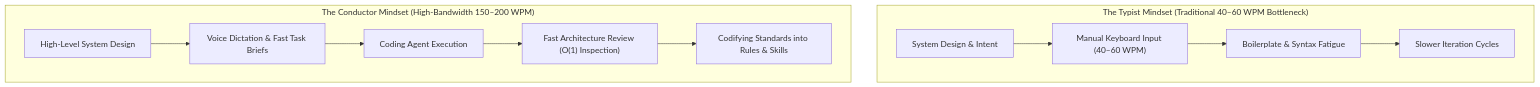
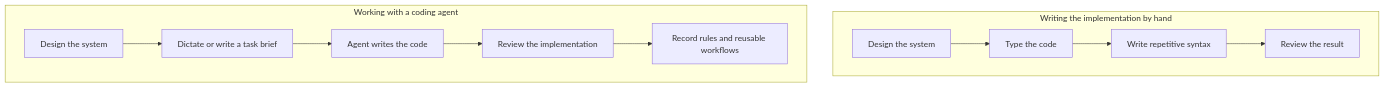
One commit to tomek-anuszkiewicz/obsidian-devnotes changed the diagram in 05 Engineering Economics & Future/Developer Experience/The Conductor Pattern for High-Bandwidth Engineering.md. Above: the diagram before and after it, drawn with Mermaid. The commit also changed other lines of this file and 218 other files, not shown here.

````diff
--- a/05 Engineering Economics & Future/Developer Experience/The Conductor Pattern for High-Bandwidth Engineering.md
+++ b/05 Engineering Economics & Future/Developer Experience/The Conductor Pattern for High-Bandwidth Engineering.md
@@ -28,15 +28,14 @@
 ```mermaid
 flowchart TD
-    subgraph TraditionalTypist["The Typist Mindset (Traditional 40–60 WPM Bottleneck)"]
-        T1["System Design & Intent"] --> T2["Manual Keyboard Input (40–60 WPM)"]
-        T2 --> T3["Boilerplate & Syntax Fatigue"]
-        T3 --> T4["Slower Iteration Cycles"]
+    subgraph Typist["Writing the implementation by hand"]
+        T1["Design the system"] --> T2["Type the code"]
+        T2 --> T3["Write repetitive syntax"]
+        T3 --> T4["Review the result"]
     end
-
-    subgraph ModernConductor["The Conductor Mindset (High-Bandwidth 150–200 WPM)"]
-        C1["High-Level System Design"] --> C2["Voice Dictation & Fast Task Briefs"]
-        C2 --> C3["Coding Agent Execution"]
-        C3 --> C4["Fast Architecture Review (O(1) Inspection)"]
-        C4 --> C5["Codifying Standards into Rules & Skills"]
+    subgraph Conductor["Working with a coding agent"]
+        C1["Design the system"] --> C2["Dictate or write a task brief"]
+        C2 --> C3["Agent writes the code"]
+        C3 --> C4["Review the implementation"]
+        C4 --> C5["Record rules and reusable workflows"]
     end
 ```
````
